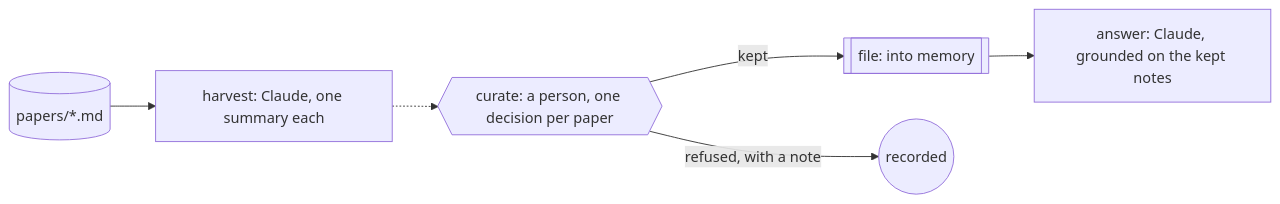
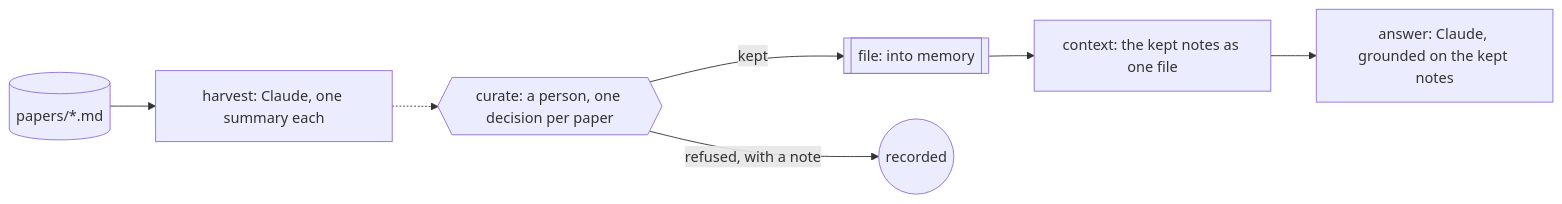
Before and after one commit to jonny981/obversa: the diagram in docs/public/workflows/research/literature-watch.mdx, drawn with Mermaid. The commit also changed other lines of this file and 99 other files, not shown here.

````diff
--- a/docs/public/workflows/research/literature-watch.mdx
+++ b/docs/public/workflows/research/literature-watch.mdx
@@ -310,8 +320,9 @@
 ```mermaid
 flowchart LR
   papers[("papers/*.md")] --> harvest["harvest: Claude, one summary each"]
   harvest -.-> curate{{"curate: a person, one decision per paper"}}
   curate -->|kept| file[["file: into memory"]]
   curate -->|"refused, with a note"| refused((recorded))
-  file --> answer["answer: Claude, grounded on the kept notes"]
+  file --> context["context: the kept notes as one file"]
+  context --> answer["answer: Claude, grounded on the kept notes"]
 ```
````
